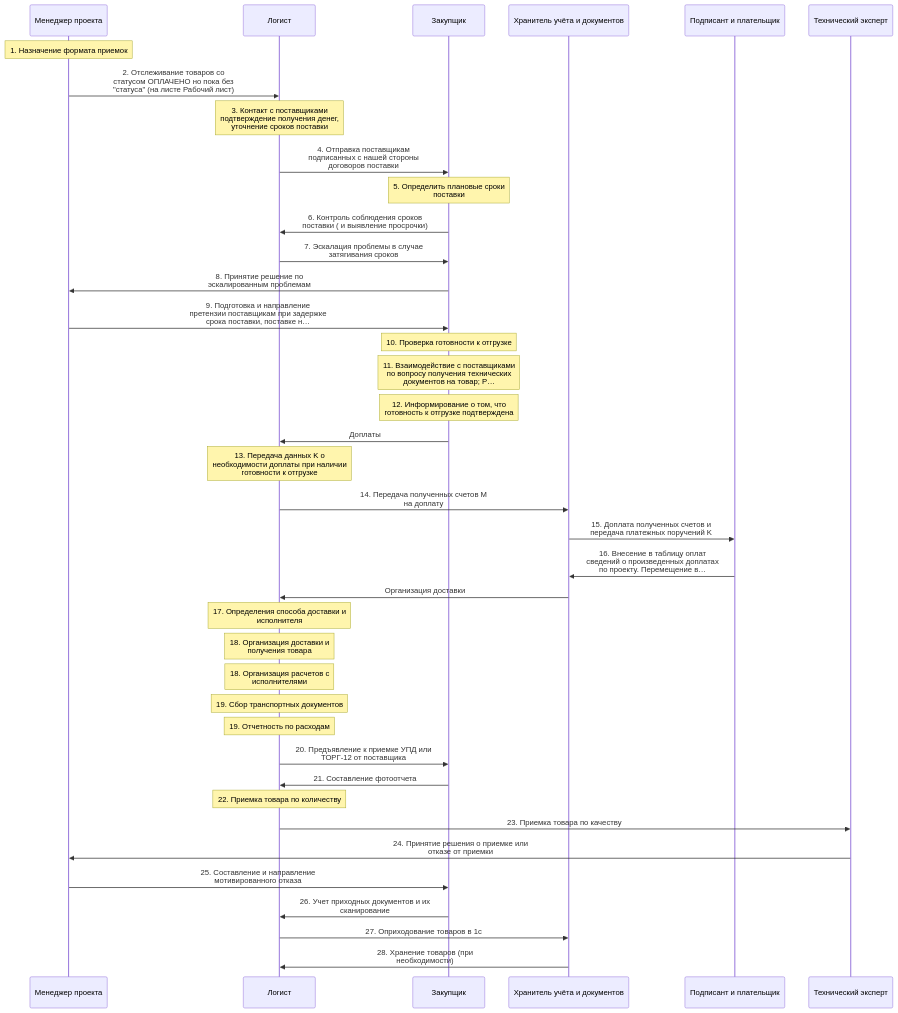
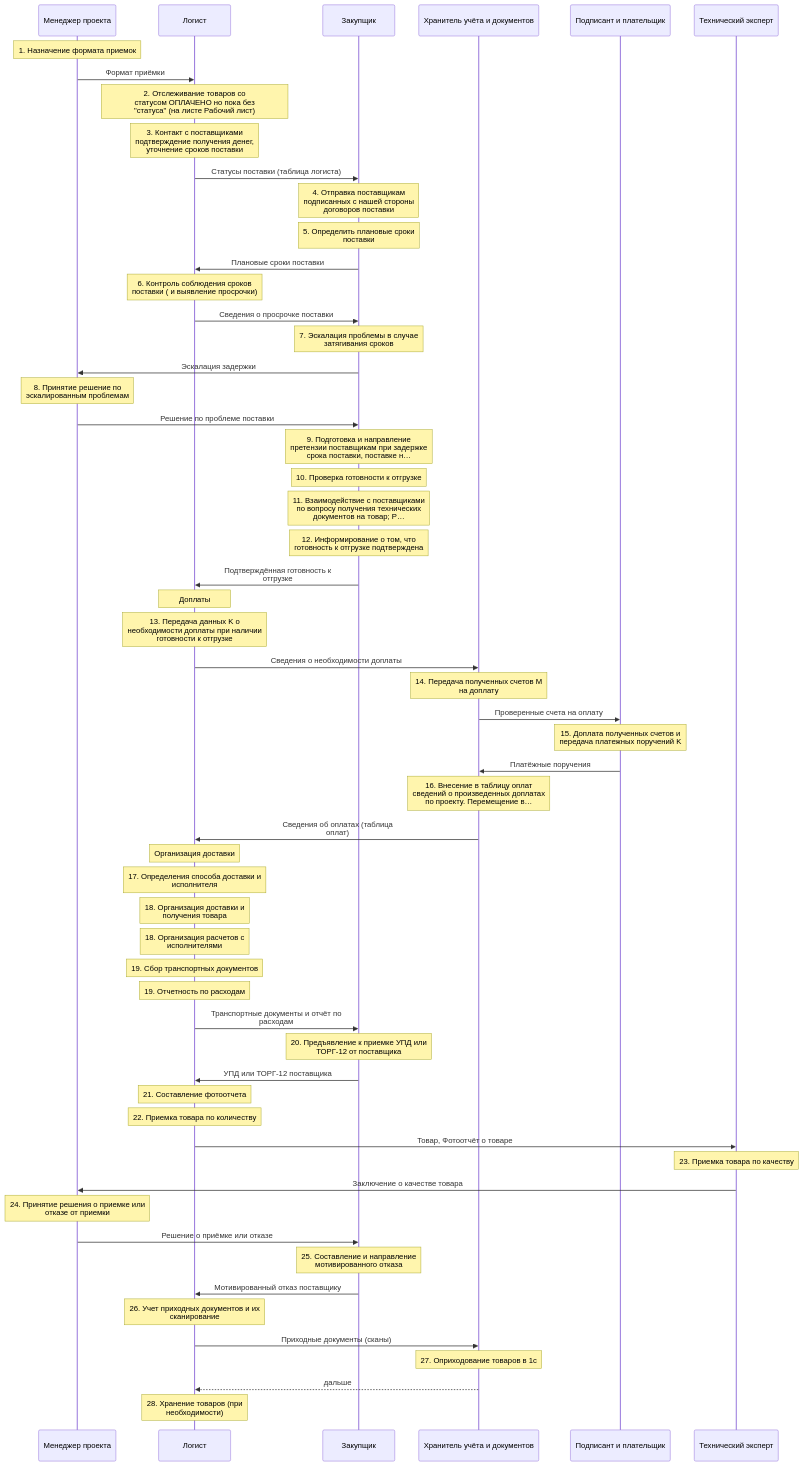
One commit to vlad78831457/orb-work changed the first of 5 diagrams in inst/md-out/pro/r06-postuplenie/index.md. Above: the diagram before and after it, drawn with Mermaid. The commit also changed other lines of this file and 86 other files, not shown here.

````diff
--- a/inst/md-out/pro/r06-postuplenie/index.md
+++ b/inst/md-out/pro/r06-postuplenie/index.md
@@ -14,41 +14,60 @@
 ```mermaid
 sequenceDiagram
   participant r_proekt as Менеджер проекта
   participant r_logist as Логист
   participant r_zakupka as Закупщик
   participant r_khranitel as Хранитель учёта и документов
   participant r_podpisant as Подписант и плательщик
   participant r_tekh as Технический эксперт
   Note over r_proekt: 1. Назначение формата приемок
-  r_proekt->>r_logist: 2. Отслеживание товаров со<br/>статусом ОПЛАЧЕНО но пока без<br/>#quot;статуса#quot; (на листе Рабочий лист)
+  r_proekt->>r_logist: Формат приёмки
+  Note over r_logist: 2. Отслеживание товаров со<br/>статусом ОПЛАЧЕНО но пока без<br/>#quot;статуса#quot; (на листе Рабочий лист)
   Note over r_logist: 3. Контакт с поставщиками<br/>подтверждение получения денег,<br/>уточнение сроков поставки
-  r_logist->>r_zakupka: 4. Отправка поставщикам<br/>подписанных с нашей стороны<br/>договоров поставки
+  r_logist->>r_zakupka: Статусы поставки (таблица логиста)
+  Note over r_zakupka: 4. Отправка поставщикам<br/>подписанных с нашей стороны<br/>договоров поставки
   Note over r_zakupka: 5. Определить плановые сроки<br/>поставки
-  r_zakupka->>r_logist: 6. Контроль соблюдения сроков<br/>поставки ( и выявление просрочки)
-  r_logist->>r_zakupka: 7. Эскалация проблемы в случае<br/>затягивания сроков
-  r_zakupka->>r_proekt: 8. Принятие решение по<br/>эскалированным проблемам
-  r_proekt->>r_zakupka: 9. Подготовка и направление<br/>претензии поставщикам при задержке<br/>срока поставки, поставке н…
+  r_zakupka->>r_logist: Плановые сроки поставки
+  Note over r_logist: 6. Контроль соблюдения сроков<br/>поставки ( и выявление просрочки)
+  r_logist->>r_zakupka: Сведения о просрочке поставки
+  Note over r_zakupka: 7. Эскалация проблемы в случае<br/>затягивания сроков
+  r_zakupka->>r_proekt: Эскалация задержки
+  Note over r_proekt: 8. Принятие решение по<br/>эскалированным проблемам
+  r_proekt->>r_zakupka: Решение по проблеме поставки
+  Note over r_zakupka: 9. Подготовка и направление<br/>претензии поставщикам при задержке<br/>срока поставки, поставке н…
   Note over r_zakupka: 10. Проверка готовности к отгрузке
   Note over r_zakupka: 11. Взаимодействие с поставщиками<br/>по вопросу получения технических<br/>документов на товар#59; Р…
   Note over r_zakupka: 12. Информирование о том, что<br/>готовность к отгрузке подтверждена
-  r_zakupka->>r_logist: Доплаты
+  r_zakupka->>r_logist: Подтверждённая готовность к<br/>отгрузке
+  Note over r_logist: Доплаты
   Note over r_logist: 13. Передача данных K о<br/>необходимости доплаты при наличии<br/>готовности к отгрузке
-  r_logist->>r_khranitel: 14. Передача полученных счетов M<br/>на доплату
-  r_khranitel->>r_podpisant: 15. Доплата полученных счетов и<br/>передача платежных поручений K
-  r_podpisant->>r_khranitel: 16. Внесение в таблицу оплат<br/>сведений о произведенных доплатах<br/>по проекту. Перемещение в…
-  r_khranitel->>r_logist: Организация доставки
+  r_logist->>r_khranitel: Сведения о необходимости доплаты
+  Note over r_khranitel: 14. Передача полученных счетов M<br/>на доплату
+  r_khranitel->>r_podpisant: Проверенные счета на оплату
+  Note over r_podpisant: 15. Доплата полученных счетов и<br/>передача платежных поручений K
+  r_podpisant->>r_khranitel: Платёжные поручения
+  Note over r_khranitel: 16. Внесение в таблицу оплат<br/>сведений о произведенных доплатах<br/>по проекту. Перемещение в…
+  r_khranitel->>r_logist: Сведения об оплатах (таблица<br/>оплат)
+  Note over r_logist: Организация доставки
   Note over r_logist: 17. Определения способа доставки и<br/>исполнителя
   Note over r_logist: 18. Организация доставки и<br/>получения товара
   Note over r_logist: 18. Организация расчетов с<br/>исполнителями
   Note over r_logist: 19. Сбор транспортных документов
   Note over r_logist: 19. Отчетность по расходам
-  r_logist->>r_zakupka: 20. Предъявление к приемке УПД или<br/>ТОРГ-12 от поставщика
-  r_zakupka->>r_logist: 21. Составление фотоотчета
+  r_logist->>r_zakupka: Транспортные документы и отчёт по<br/>расходам
+  Note over r_zakupka: 20. Предъявление к приемке УПД или<br/>ТОРГ-12 от поставщика
+  r_zakupka->>r_logist: УПД или ТОРГ-12 поставщика
+  Note over r_logist: 21. Составление фотоотчета
   Note over r_logist: 22. Приемка товара по количеству
-  r_logist->>r_tekh: 23. Приемка товара по качеству
-  r_tekh->>r_proekt: 24. Принятие решения о приемке или<br/>отказе от приемки
-  r_proekt->>r_zakupka: 25. Составление и направление<br/>мотивированного отказа
-  r_zakupka->>r_logist: 26. Учет приходных документов и их<br/>сканирование
-  r_logist->>r_khranitel: 27. Оприходование товаров в 1с
-  r_khranitel->>r_logist: 28. Хранение товаров (при<br/>необходимости)
+  r_logist->>r_tekh: Товар, Фотоотчёт о товаре
+  Note over r_tekh: 23. Приемка товара по качеству
+  r_tekh->>r_proekt: Заключение о качестве товара
+  Note over r_proekt: 24. Принятие решения о приемке или<br/>отказе от приемки
+  r_proekt->>r_zakupka: Решение о приёмке или отказе
+  Note over r_zakupka: 25. Составление и направление<br/>мотивированного отказа
+  r_zakupka->>r_logist: Мотивированный отказ поставщику
+  Note over r_logist: 26. Учет приходных документов и их<br/>сканирование
+  r_logist->>r_khranitel: Приходные документы (сканы)
+  Note over r_khranitel: 27. Оприходование товаров в 1с
+  r_khranitel-->>r_logist: дальше
+  Note over r_logist: 28. Хранение товаров (при<br/>необходимости)
 ```
````
